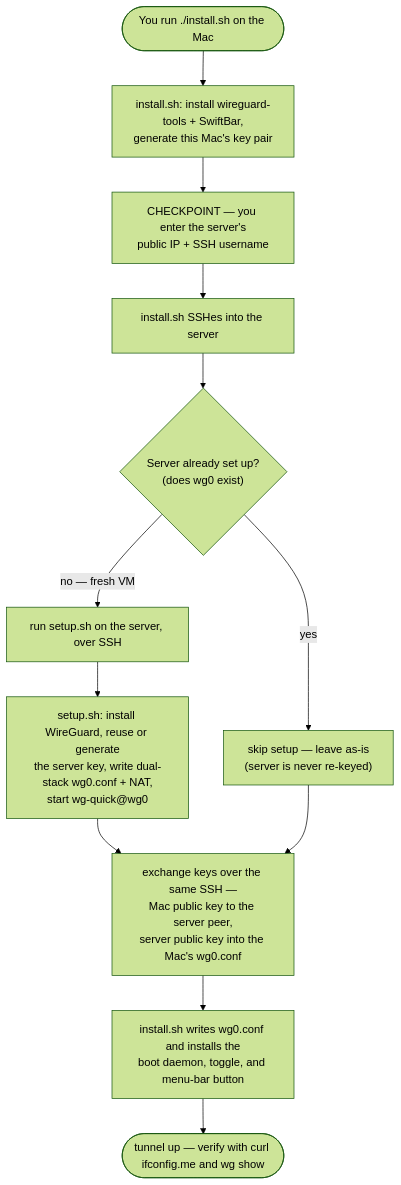
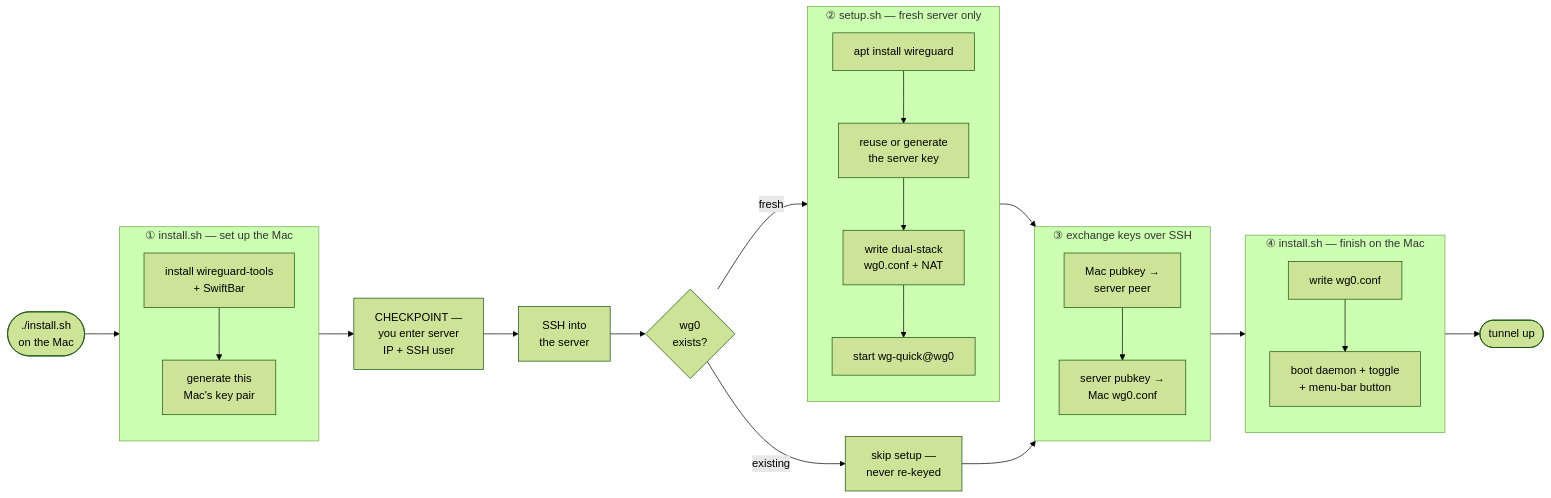
Before and after one commit to codereyinish/ColdVPN: the diagram in README.md, drawn with Mermaid (forest theme). The commit also changed other lines of this file, not shown here.

Commit message:
README: horizontal How-it-works flow with per-stage subgraphs + numbered link legend

````diff
--- a/README.md
+++ b/README.md
@@ -65,20 +65,35 @@
 ```mermaid
-flowchart TD
-    A(["You run ./install.sh on the Mac"]) --> B["install.sh: install wireguard-tools + SwiftBar,<br/>generate this Mac's key pair"]
-    B --> C["CHECKPOINT — you enter the server's<br/>public IP + SSH username"]
-    C --> D["install.sh SSHes into the server"]
-    D --> E{"Server already set up?<br/>(does wg0 exist)"}
-    E -->|"no — fresh VM"| F["run setup.sh on the server, over SSH"]
-    F --> G["setup.sh: install WireGuard, reuse or generate<br/>the server key, write dual-stack wg0.conf + NAT,<br/>start wg-quick@wg0"]
-    E -->|"yes"| H["skip setup — leave as-is<br/>(server is never re-keyed)"]
-    G --> I["exchange keys over the same SSH —<br/>Mac public key to the server peer,<br/>server public key into the Mac's wg0.conf"]
-    H --> I
-    I --> J["install.sh writes wg0.conf and installs the<br/>boot daemon, toggle, and menu-bar button"]
-    J --> K(["tunnel up — verify with curl ifconfig.me and wg show"])
+flowchart LR
+    Start(["./install.sh<br/>on the Mac"]) --> S1
+    S1 --> CP["CHECKPOINT —<br/>you enter server<br/>IP + SSH user"]
+    CP --> SSH["SSH into<br/>the server"]
+    SSH --> Q{"wg0<br/>exists?"}
+    Q -->|"fresh"| S2
+    Q -->|"existing"| SKIP["skip setup —<br/>never re-keyed"]
+    S2 --> S3
+    SKIP --> S3
+    S3 --> S4
+    S4 --> Done(["tunnel up"])
 
-    click B "client/ARCHITECTURE.md" "How the Mac client is built"
-    click D "client/decisions/05-ssh-trust-model.md" "Why SSH, and its trust tradeoffs"
-    click F "server/CREATE-VM.md" "How the server VM is created by hand"
-    click G "server/setup.sh" "The server setup script"
-    click I "client/decisions/06-automate-key-handoff-over-ssh.md" "Why the key handoff is automated over SSH"
+    subgraph S1["① install.sh — set up the Mac"]
+        direction TB
+        a1["install wireguard-tools<br/>+ SwiftBar"] --> a2["generate this<br/>Mac's key pair"]
+    end
+
+    subgraph S2["② setup.sh — fresh server only"]
+        direction TB
+        b1["apt install wireguard"] --> b2["reuse or generate<br/>the server key"]
+        b2 --> b3["write dual-stack<br/>wg0.conf + NAT"]
+        b3 --> b4["start wg-quick@wg0"]
+    end
+
+    subgraph S3["③ exchange keys over SSH"]
+        direction TB
+        c1["Mac pubkey →<br/>server peer"] --> c2["server pubkey →<br/>Mac wg0.conf"]
+    end
+
+    subgraph S4["④ install.sh — finish on the Mac"]
+        direction TB
+        d1["write wg0.conf"] --> d2["boot daemon + toggle<br/>+ menu-bar button"]
+    end
 ```
````
